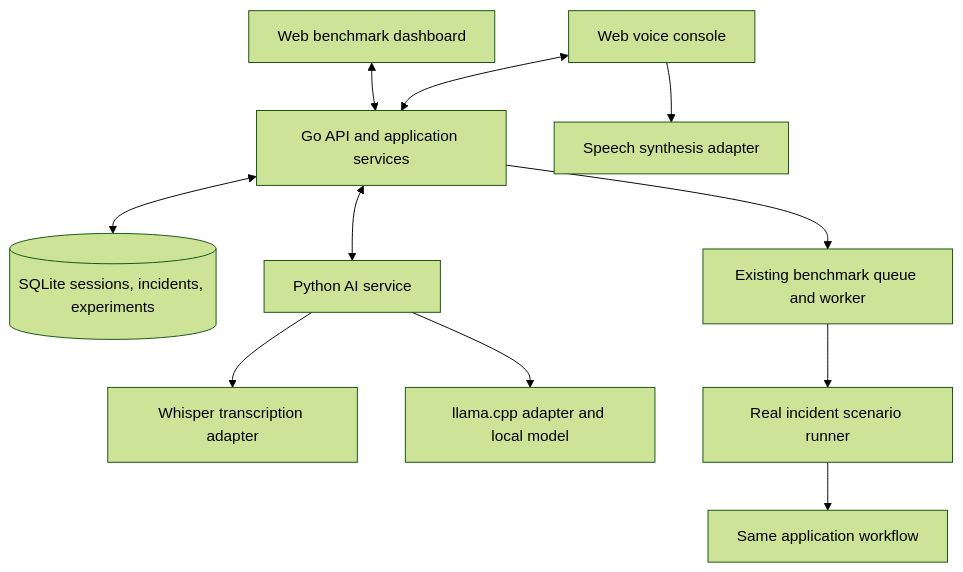
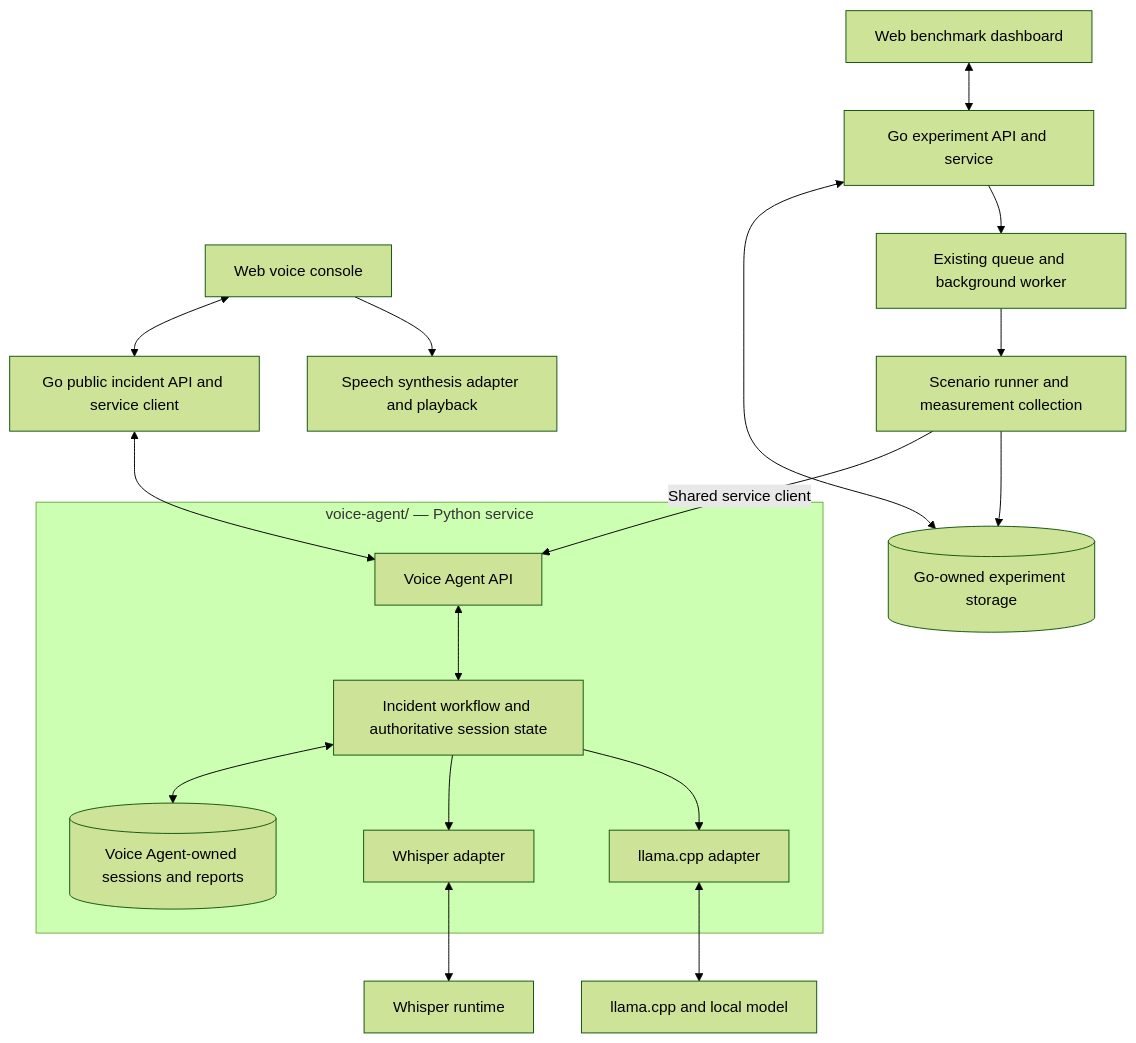
One commit to CharlieQuirkFYP/agentic-lab changed the first of 2 diagrams in docs/architecture.md. Above: the diagram before and after it, drawn with Mermaid (forest theme). The commit also changed other lines of this file and 6 other files, not shown here.

Commit message:
docs: update ai service to voice agent

````diff
--- a/docs/architecture.md
+++ b/docs/architecture.md
@@ -15,13 +15,20 @@
 ```mermaid
 flowchart TD
-    Client[Web voice console] <--> Go[Go API and application services]
-    Dashboard[Web benchmark dashboard] <--> Go
-    Go <--> Storage[(SQLite sessions, incidents, experiments)]
-    Go <--> Python[Python AI service]
-    Python --> Whisper[Whisper transcription adapter]
-    Python --> LLM[llama.cpp adapter and local model]
-    Client --> TTS[Speech synthesis adapter]
-    Go --> Queue[Existing benchmark queue and worker]
-    Queue --> Runner[Real incident scenario runner]
-    Runner --> Workflow[Same application workflow]
+    Client[Web voice console] <--> Go[Go public incident API and service client]
+    Dashboard[Web benchmark dashboard] <--> Experiments[Go experiment API and service]
+    Experiments <--> Results[(Go-owned experiment storage)]
+    Experiments --> Queue[Existing queue and background worker]
+    Queue --> Runner[Scenario runner and measurement collection]
+    Runner -->|Shared service client| AgentAPI
+    Go <--> AgentAPI[Voice Agent API]
+    subgraph VoiceAgent[voice-agent/ — Python service]
+        AgentAPI <--> Workflow[Incident workflow and authoritative session state]
+        Workflow <--> Reports[(Voice Agent-owned sessions and reports)]
+        Workflow --> WhisperAdapter[Whisper adapter]
+        Workflow --> LLMAdapter[llama.cpp adapter]
+    end
+    WhisperAdapter <--> Whisper[Whisper runtime]
+    LLMAdapter <--> LLM[llama.cpp and local model]
+    Client --> TTS[Speech synthesis adapter and playback]
+    Runner --> Results
 ```
````
